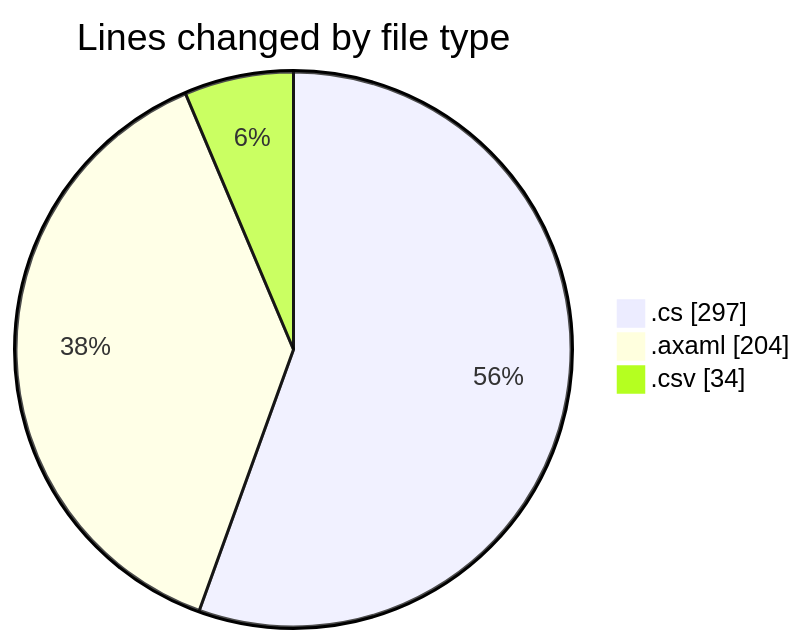
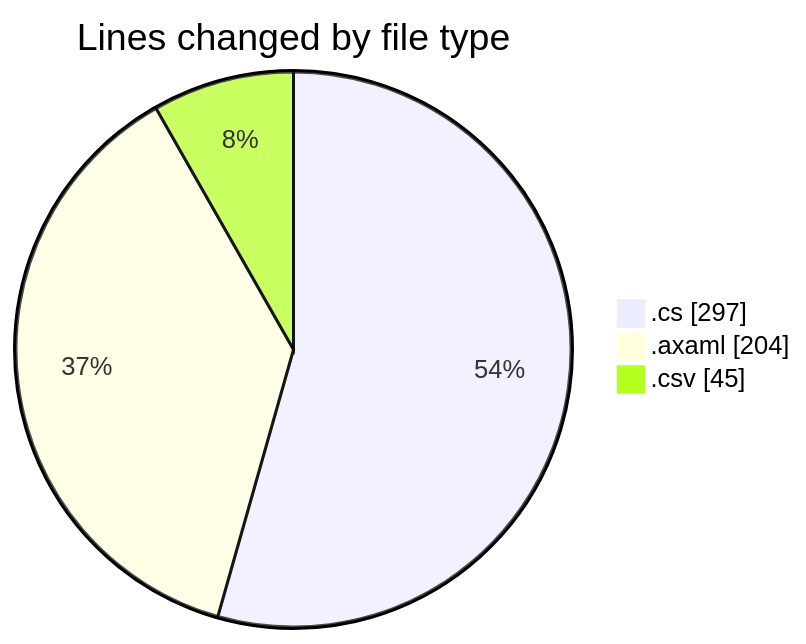
The first of 2 diagrams in 2025-10-26/skintrack/README.md (Netris89/code-tracking), drawn with Mermaid before and after one commit. The commit also changed other lines of this file and 1 other file, not shown here.

````diff
--- a/2025-10-26/skintrack/README.md
+++ b/2025-10-26/skintrack/README.md
@@ -31,7 +32,7 @@
 ```mermaid
 pie showData
 title Lines changed by file type
 ".cs" : 297
 ".axaml" : 204
-".csv" : 34
+".csv" : 45
 ```
````
